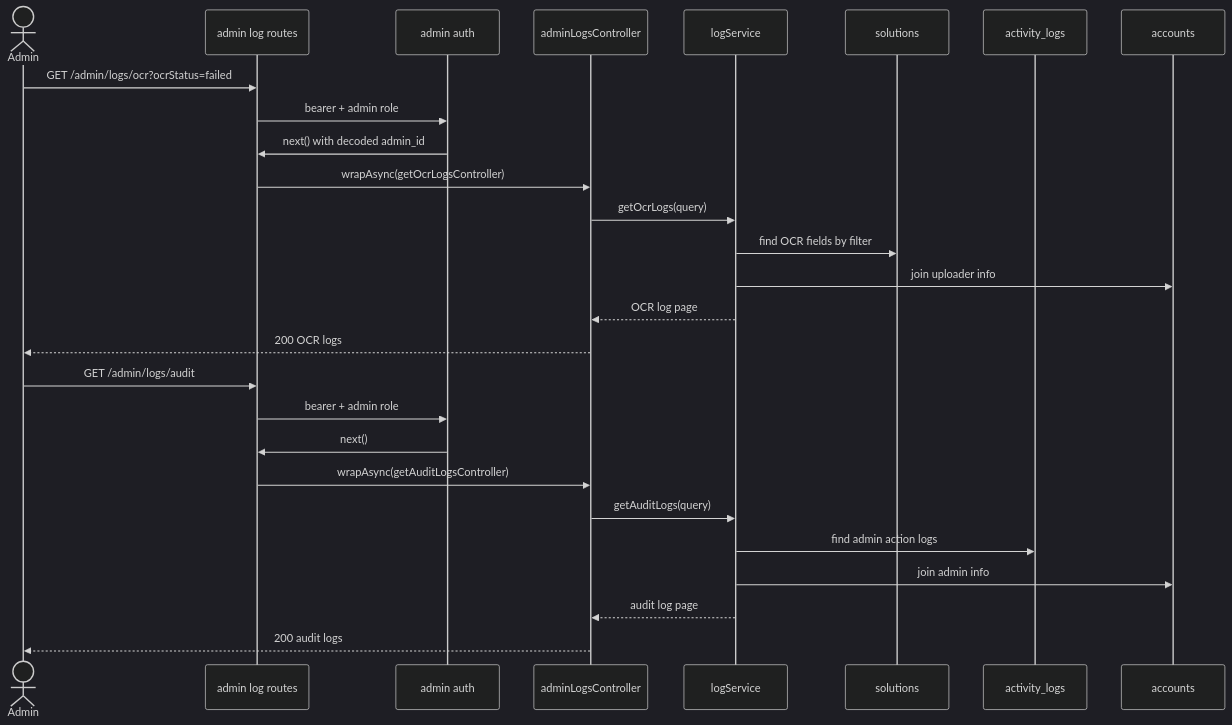
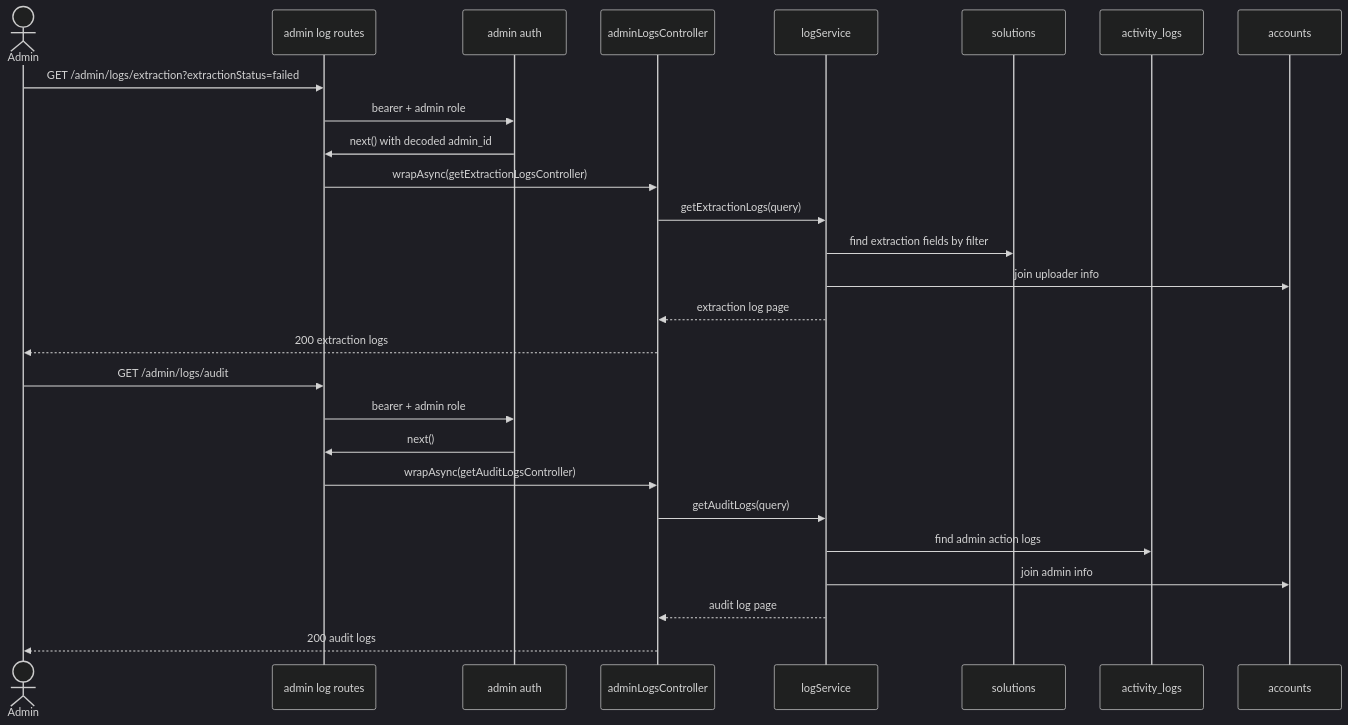
Before and after one commit to Hiamoutgame/AI-Study-Hub: the diagram in docs/endpoint-flows/12-admin-system-logs.md, drawn with Mermaid (dark theme). The commit also changed other lines of this file and 58 other files, not shown here.

````diff
--- a/docs/endpoint-flows/12-admin-system-logs.md
+++ b/docs/endpoint-flows/12-admin-system-logs.md
@@ -29,31 +29,31 @@
 ```mermaid
 sequenceDiagram
   actor Admin
   participant Route as admin log routes
   participant Auth as admin auth
   participant Controller as adminLogsController
   participant Service as logService
   participant Solutions as solutions
   participant Logs as activity_logs
   participant Accounts as accounts
 
-  Admin->>Route: GET /admin/logs/ocr?ocrStatus=failed
+  Admin->>Route: GET /admin/logs/extraction?extractionStatus=failed
   Route->>Auth: bearer + admin role
   Auth->>Route: next() with decoded admin_id
-  Route->>Controller: wrapAsync(getOcrLogsController)
-  Controller->>Service: getOcrLogs(query)
-  Service->>Solutions: find OCR fields by filter
+  Route->>Controller: wrapAsync(getExtractionLogsController)
+  Controller->>Service: getExtractionLogs(query)
+  Service->>Solutions: find extraction fields by filter
   Service->>Accounts: join uploader info
-  Service-->>Controller: OCR log page
-  Controller-->>Admin: 200 OCR logs
+  Service-->>Controller: extraction log page
+  Controller-->>Admin: 200 extraction logs
 
   Admin->>Route: GET /admin/logs/audit
   Route->>Auth: bearer + admin role
   Auth->>Route: next()
   Route->>Controller: wrapAsync(getAuditLogsController)
   Controller->>Service: getAuditLogs(query)
   Service->>Logs: find admin action logs
   Service->>Accounts: join admin info
   Service-->>Controller: audit log page
   Controller-->>Admin: 200 audit logs
 ```
````
